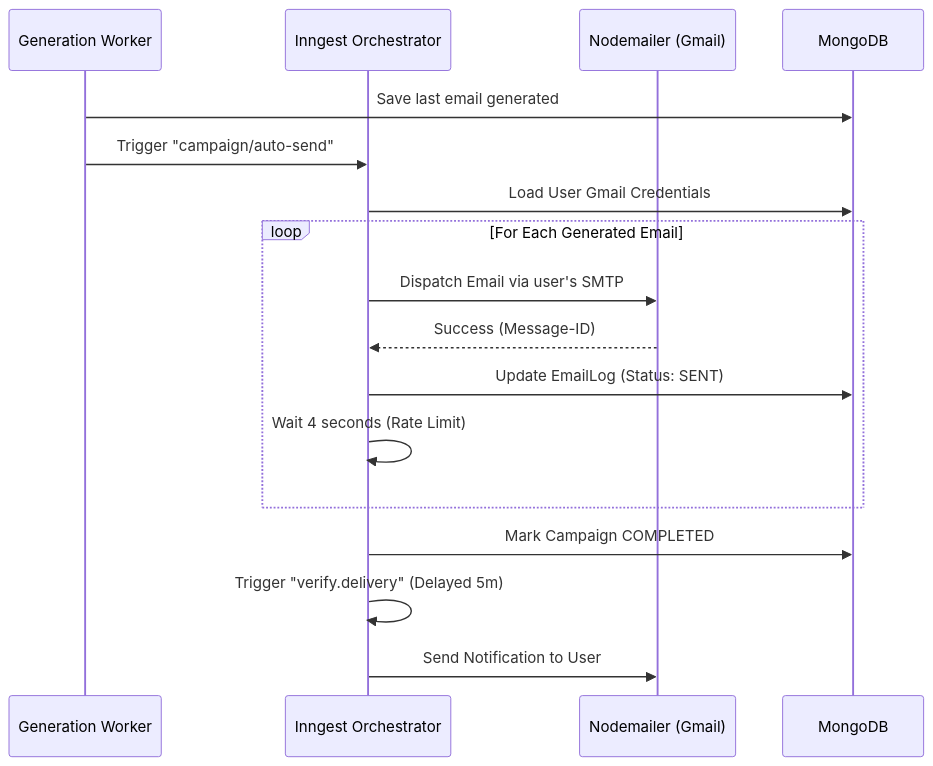
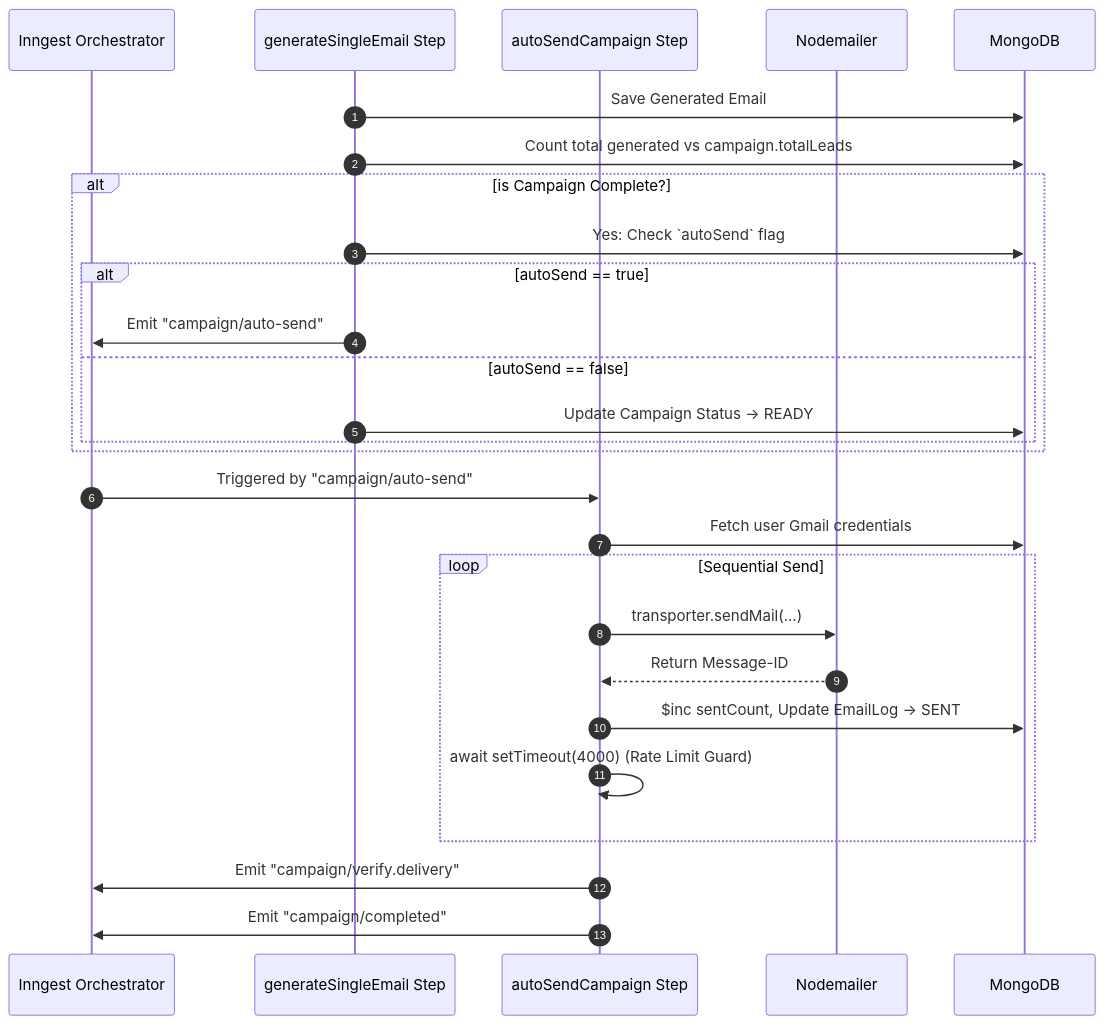
One commit to VarunSingh19/pitchr changed the second of 4 diagrams in README.md. Above: the diagram before and after it, drawn with Mermaid. The commit also changed other lines of this file and 2 other files, not shown here.

````diff
--- a/README.md
+++ b/README.md
@@ -60,23 +100,34 @@
 ```mermaid
 sequenceDiagram
-    participant Worker as Generation Worker
-    participant Inngest as Inngest Orchestrator
-    participant SMTP as Nodemailer (Gmail)
+    autonumber
+    participant Queue as Inngest Orchestrator
+    participant Gen as generateSingleEmail Step
+    participant Send as autoSendCampaign Step
+    participant SMTP as Nodemailer
     participant DB as MongoDB
 
-    Worker->>DB: Save last email generated
-    Worker->>Inngest: Trigger "campaign/auto-send"
+    Gen->>DB: Save Generated Email
+    Gen->>DB: Count total generated vs campaign.totalLeads
     
-    Inngest->>DB: Load User Gmail Credentials
-    
-    loop For Each Generated Email
-        Inngest->>SMTP: Dispatch Email via user's SMTP
-        SMTP-->>Inngest: Success (Message-ID)
-        Inngest->>DB: Update EmailLog (Status: SENT)
-        Inngest->>Inngest: Wait 4 seconds (Rate Limit)
+    alt is Campaign Complete?
+        Gen->>DB: Yes: Check `autoSend` flag
+        alt autoSend == true
+            Gen->>Queue: Emit "campaign/auto-send"
+        else autoSend == false
+            Gen->>DB: Update Campaign Status -> READY
+        end
     end
     
-    Inngest->>DB: Mark Campaign COMPLETED
-    Inngest->>Inngest: Trigger "verify.delivery" (Delayed 5m)
-    Inngest->>SMTP: Send Notification to User
+    Queue->>Send: Triggered by "campaign/auto-send"
+    Send->>DB: Fetch user Gmail credentials
+    
+    loop Sequential Send
+        Send->>SMTP: transporter.sendMail(...)
+        SMTP-->>Send: Return Message-ID
+        Send->>DB: $inc sentCount, Update EmailLog -> SENT
+        Send->>Send: await setTimeout(4000) (Rate Limit Guard)
+    end
+    
+    Send->>Queue: Emit "campaign/verify.delivery"
+    Send->>Queue: Emit "campaign/completed"
 ```
````
